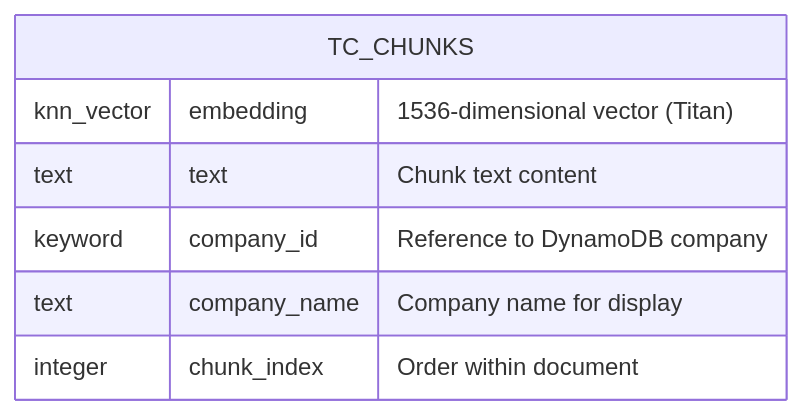
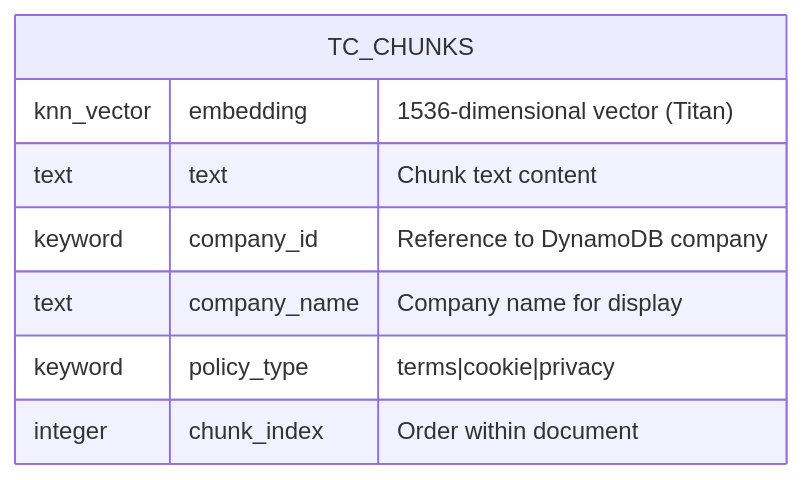
One commit to AlmazErmilov/aws-hack-prototype-terms-and-conditions-ass changed the third of 7 diagrams in docs/DATABASE_AND_RAG.md. Above: the diagram before and after it, drawn with Mermaid. The commit also changed other lines of this file and 8 other files, not shown here.

First line of the commit message:
feat(frontend): add analytics dashboard with Chart.js visualizations

````diff
--- a/docs/DATABASE_AND_RAG.md
+++ b/docs/DATABASE_AND_RAG.md
@@ -180,10 +180,11 @@
 ```mermaid
 erDiagram
     TC_CHUNKS {
         knn_vector embedding "1536-dimensional vector (Titan)"
         text text "Chunk text content"
         keyword company_id "Reference to DynamoDB company"
         text company_name "Company name for display"
+        keyword policy_type "terms|cookie|privacy"
         integer chunk_index "Order within document"
     }
 ```
````
